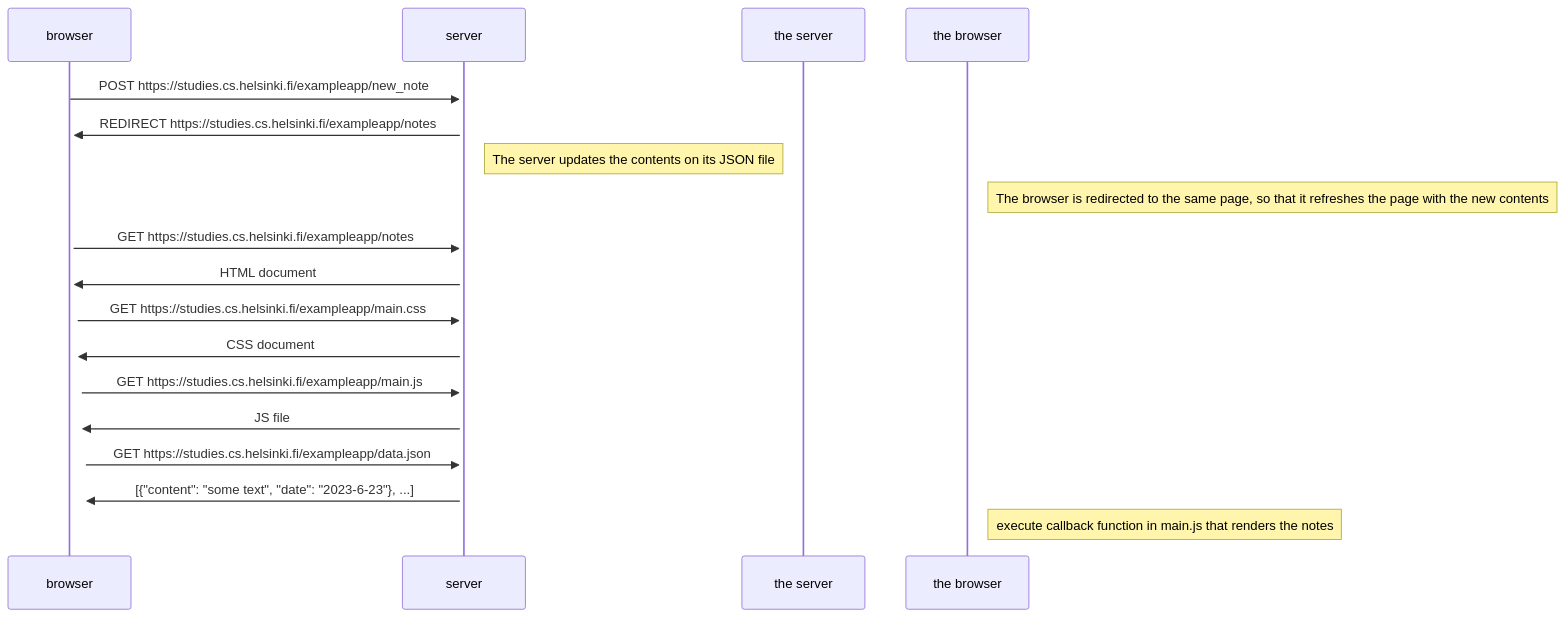
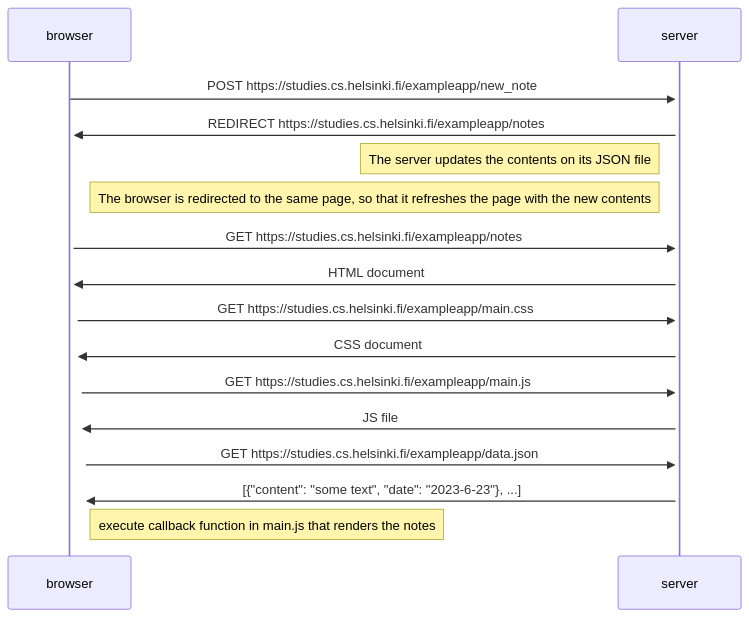
Before and after one commit to Mingtendo/fullstackopen: the diagram in part_0/exercise_0.4.md, drawn with Mermaid. The commit also changed 1 other file, not shown here.

Commit message:
Fixed wording that was causing two diagrams to be drawn (i.e. 'note right of the browser' -> 'note right of browser').

````diff
--- a/part_0/exercise_0.4.md
+++ b/part_0/exercise_0.4.md
@@ -5,25 +5,25 @@
 ```mermaid
 sequenceDiagram
 	participant browser
 	participant server
 
 	browser ->>+ server: POST https://studies.cs.helsinki.fi/exampleapp/new_note
 	server ->>+ browser: REDIRECT https://studies.cs.helsinki.fi/exampleapp/notes
 
-	Note left of the server: The server updates the contents on its JSON file
-	Note right of the browser: The browser is redirected to the same page, so that it refreshes the page with the new contents
+	Note left of server: The server updates the contents on its JSON file
+	Note right of browser: The browser is redirected to the same page, so that it refreshes the page with the new contents
 
 	browser ->>+ server: GET https://studies.cs.helsinki.fi/exampleapp/notes
 	server ->>+ browser: HTML document
 
 	browser ->>+ server: GET https://studies.cs.helsinki.fi/exampleapp/main.css
 	server ->>+ browser: CSS document
 
 	browser ->>+ server: GET https://studies.cs.helsinki.fi/exampleapp/main.js
 	server ->>+ browser: JS file
 
 	browser ->>+ server: GET https://studies.cs.helsinki.fi/exampleapp/data.json
 	server ->>+ browser: [{"content": "some text", "date": "2023-6-23"}, ...]
 
-	Note right of the browser: execute callback function in main.js that renders the notes
+	Note right of browser: execute callback function in main.js that renders the notes
 ```
````
